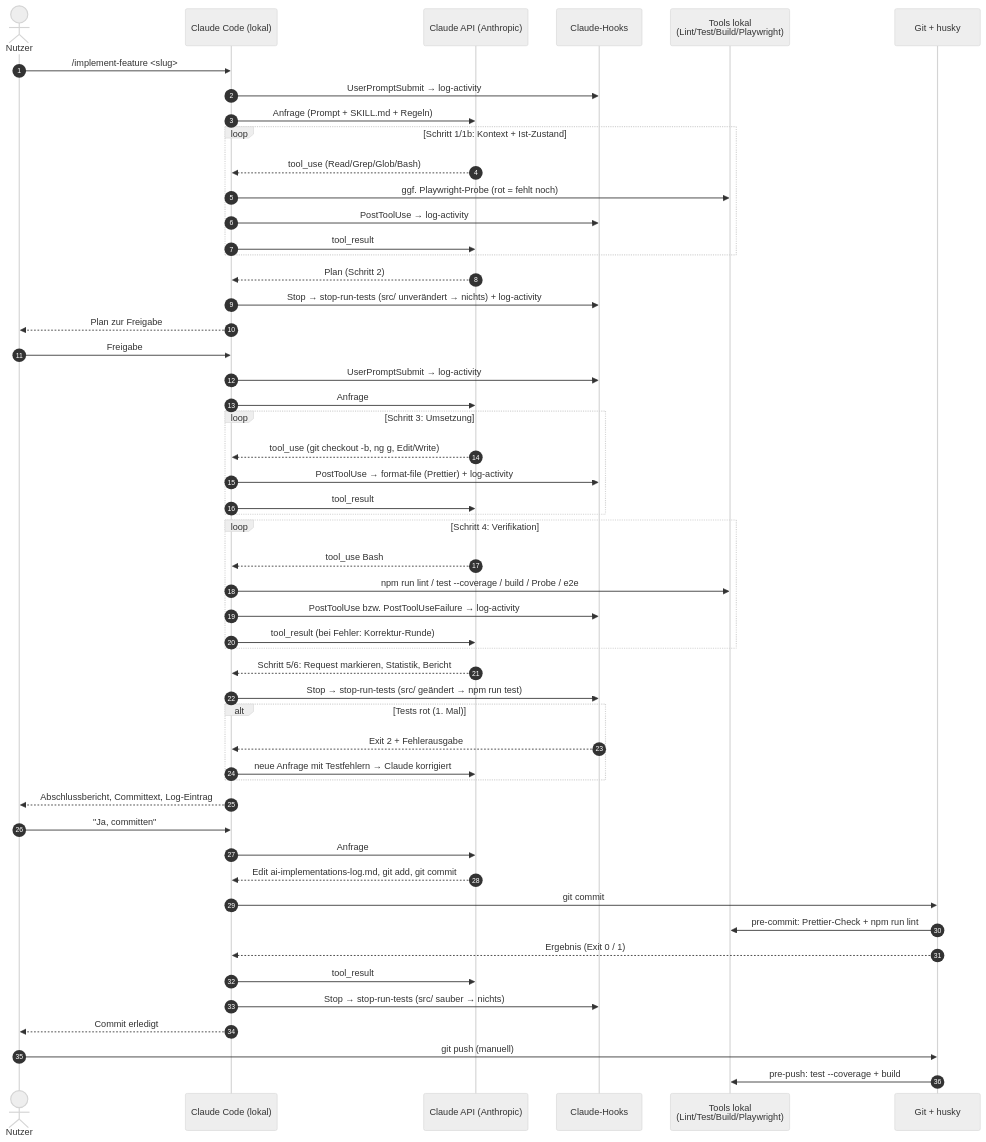
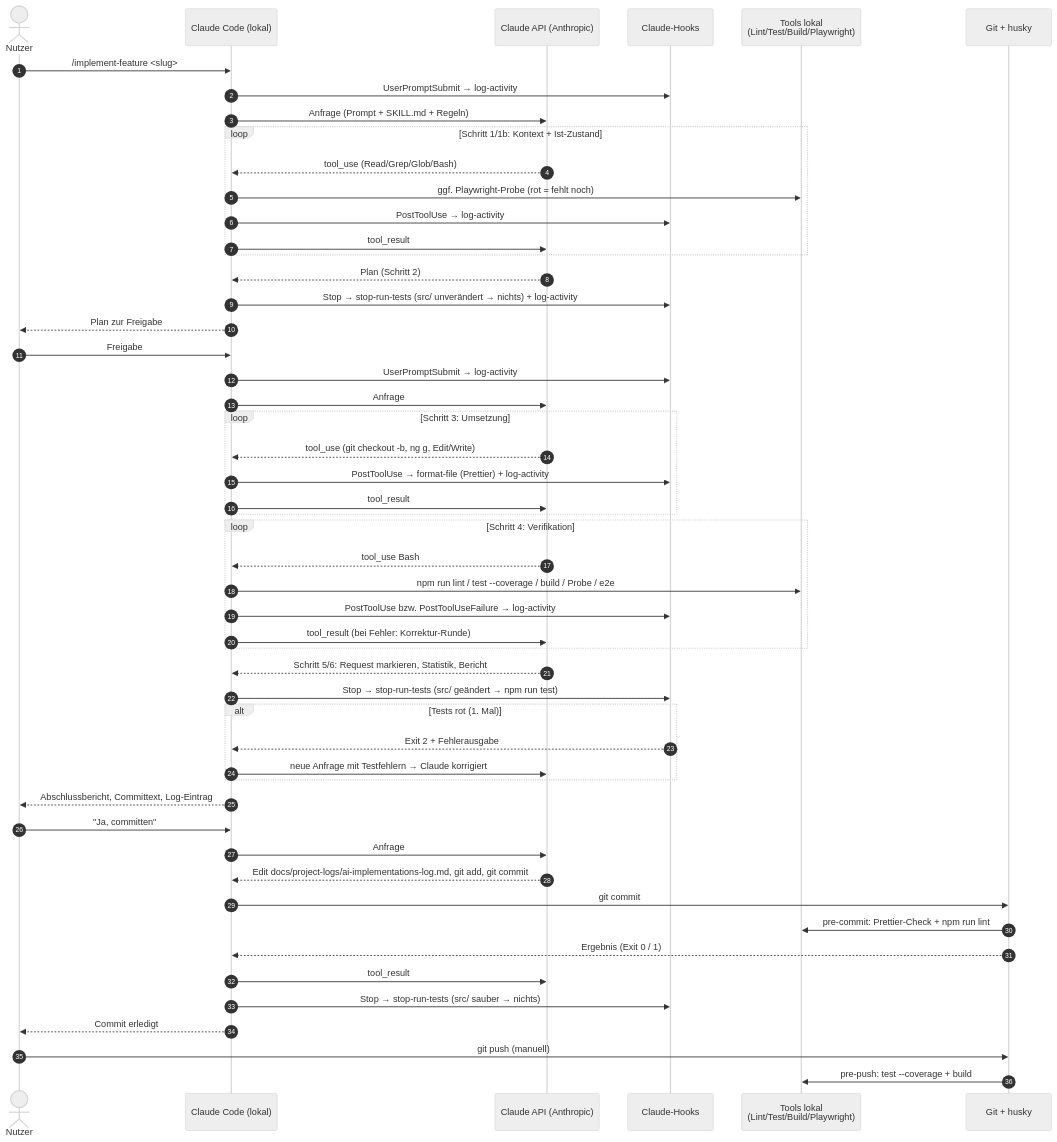
One commit to MrMame/hq-master changed the first of 3 diagrams in docs/notes-project/implement-feature/README.md. Above: the diagram before and after it, drawn with Mermaid (neutral theme). The commit also changed other lines of this file and 11 other files, not shown here.

First line of the commit message:
refactor(docs): Projekt-Logs gesammelt unter docs/project-logs/

````diff
--- a/docs/notes-project/implement-feature/README.md
+++ b/docs/notes-project/implement-feature/README.md
@@ -79,55 +79,55 @@
 ```mermaid
 sequenceDiagram
     autonumber
     actor U as Nutzer
     participant CC as Claude Code (lokal)
     participant API as Claude API (Anthropic)
     participant H as Claude-Hooks
     participant T as Tools lokal<br/>(Lint/Test/Build/Playwright)
     participant G as Git + husky
 
     U->>CC: /implement-feature <slug>
     CC->>H: UserPromptSubmit → log-activity
     CC->>API: Anfrage (Prompt + SKILL.md + Regeln)
     loop Schritt 1/1b: Kontext + Ist-Zustand
         API-->>CC: tool_use (Read/Grep/Glob/Bash)
         CC->>T: ggf. Playwright-Probe (rot = fehlt noch)
         CC->>H: PostToolUse → log-activity
         CC->>API: tool_result
     end
     API-->>CC: Plan (Schritt 2)
     CC->>H: Stop → stop-run-tests (src/ unverändert → nichts) + log-activity
     CC-->>U: Plan zur Freigabe
     U->>CC: Freigabe
     CC->>H: UserPromptSubmit → log-activity
     CC->>API: Anfrage
     loop Schritt 3: Umsetzung
         API-->>CC: tool_use (git checkout -b, ng g, Edit/Write)
         CC->>H: PostToolUse → format-file (Prettier) + log-activity
         CC->>API: tool_result
     end
     loop Schritt 4: Verifikation
         API-->>CC: tool_use Bash
         CC->>T: npm run lint / test --coverage / build / Probe / e2e
         CC->>H: PostToolUse bzw. PostToolUseFailure → log-activity
         CC->>API: tool_result (bei Fehler: Korrektur-Runde)
     end
     API-->>CC: Schritt 5/6: Request markieren, Statistik, Bericht
     CC->>H: Stop → stop-run-tests (src/ geändert → npm run test)
     alt Tests rot (1. Mal)
         H-->>CC: Exit 2 + Fehlerausgabe
         CC->>API: neue Anfrage mit Testfehlern → Claude korrigiert
     end
     CC-->>U: Abschlussbericht, Committext, Log-Eintrag
     U->>CC: "Ja, committen"
     CC->>API: Anfrage
-    API-->>CC: Edit ai-implementations-log.md, git add, git commit
+    API-->>CC: Edit docs/project-logs/ai-implementations-log.md, git add, git commit
     CC->>G: git commit
     G->>T: pre-commit: Prettier-Check + npm run lint
     G-->>CC: Ergebnis (Exit 0 / 1)
     CC->>API: tool_result
     CC->>H: Stop → stop-run-tests (src/ sauber → nichts)
     CC-->>U: Commit erledigt
     U->>G: git push (manuell)
     G->>T: pre-push: test --coverage + build
 ```
````
